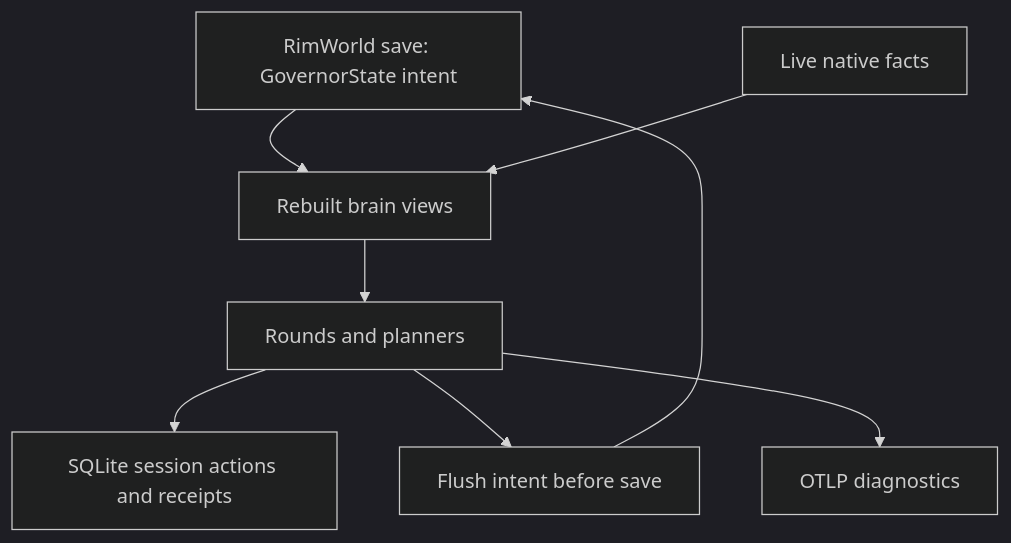
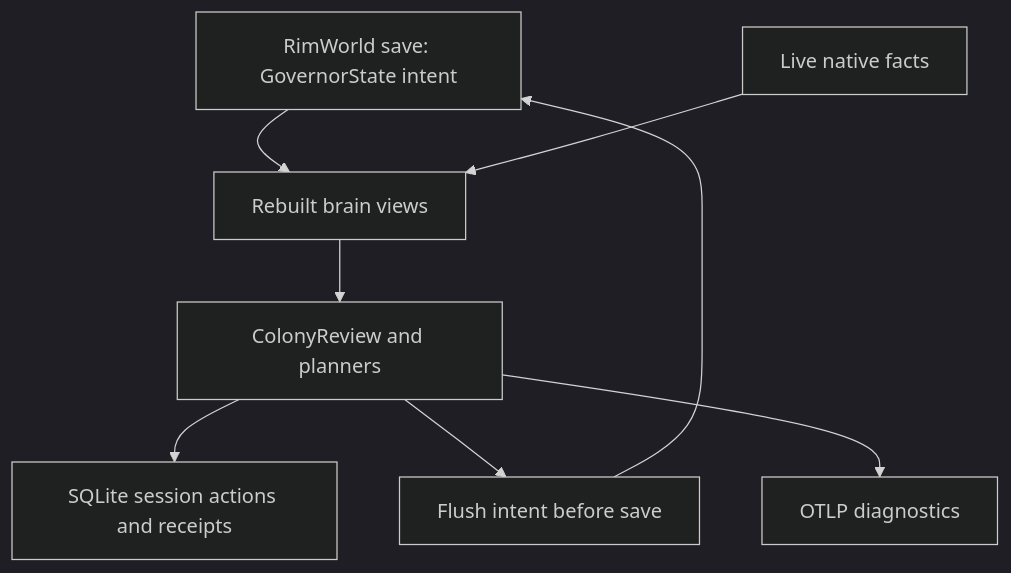
One commit to davidarcher/rimgovernor changed the third of 3 diagrams in docs/developers/architecture/overview.md. Above: the diagram before and after it, drawn with Mermaid (dark theme). The commit also changed other lines of this file and 2510 other files, not shown here.

````diff
--- a/docs/developers/architecture/overview.md
+++ b/docs/developers/architecture/overview.md
@@ -114,10 +116,10 @@
 ```mermaid
 flowchart TD
     Save[RimWorld save: GovernorState intent] --> Views[Rebuilt brain views]
     World[Live native facts] --> Views
-    Views --> Review[Rounds and planners]
+    Views --> Review[ColonyReview and planners]
     Review --> Journal[SQLite session actions and receipts]
     Review --> Flush[Flush intent before save]
     Flush --> Save
     Review --> Flight[OTLP diagnostics]
 ```
````
